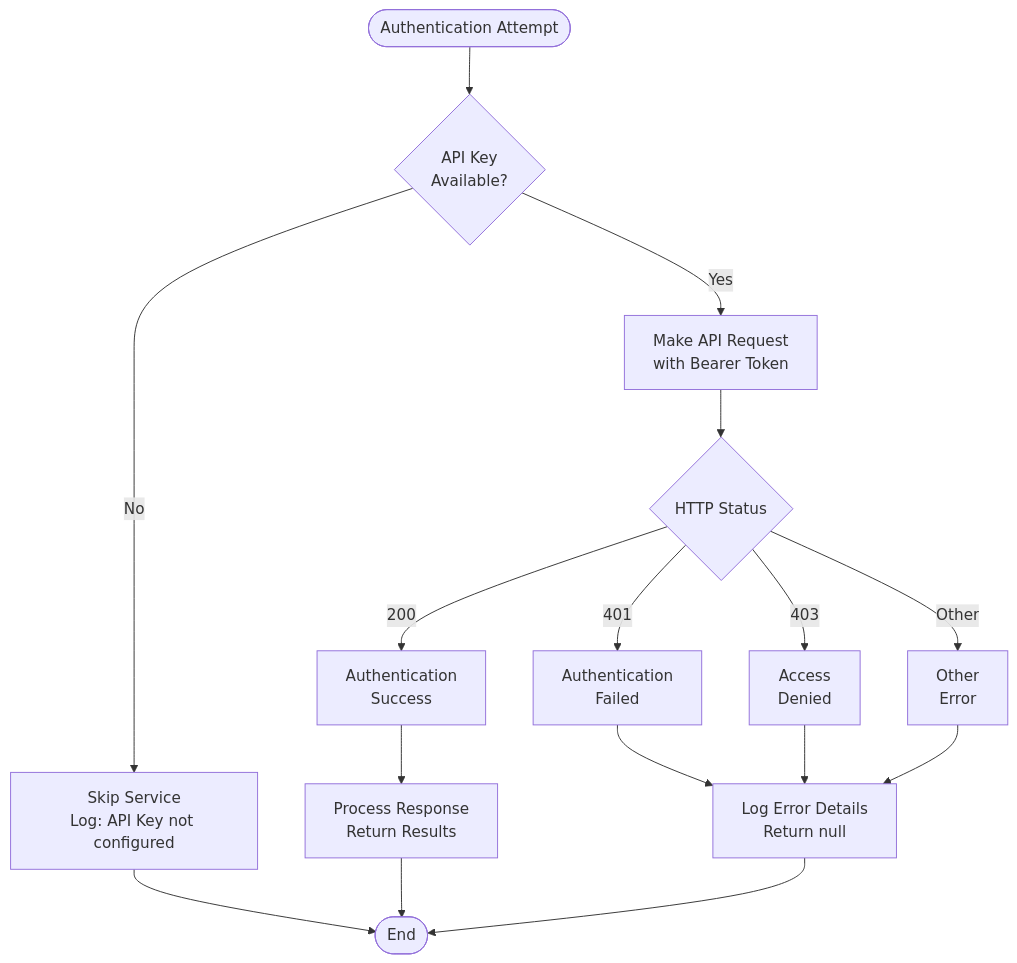
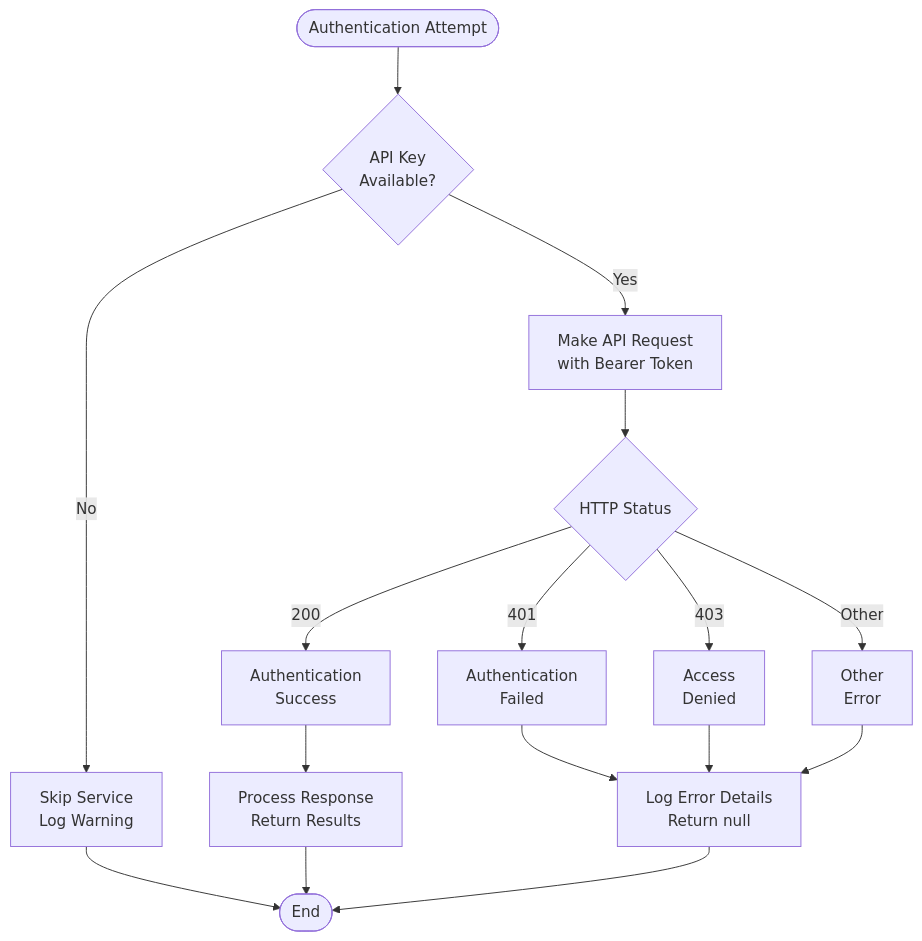
One commit to Alexandrexicara/bot-processos changed diagram 16 of 19 in .qoder/repowiki/en/content/API Integration Layer/Premium Paid Service Integration.md. Above: the diagram before and after it, drawn with Mermaid. The commit also changed other lines of this file and 6 other files, not shown here.

````diff
--- a/.qoder/repowiki/en/content/API Integration Layer/Premium Paid Service Integration.md
+++ b/.qoder/repowiki/en/content/API Integration Layer/Premium Paid Service Integration.md
@@ -684,18 +569,18 @@
 ```mermaid
 flowchart TD
 AuthStart([Authentication Attempt]) --> CheckKey{"API Key<br/>Available?"}
-CheckKey --> |No| SkipService["Skip Service<br/>Log: API Key not configured"]
+CheckKey --> |No| SkipService["Skip Service<br/>Log Warning"]
 CheckKey --> |Yes| MakeRequest["Make API Request<br/>with Bearer Token"]
 MakeRequest --> CheckStatus{"HTTP Status"}
 CheckStatus --> |200| Success["Authentication<br/>Success"]
 CheckStatus --> |401| AuthError["Authentication<br/>Failed"]
 CheckStatus --> |403| Forbidden["Access<br/>Denied"]
 CheckStatus --> |Other| OtherError["Other<br/>Error"]
 AuthError --> LogError["Log Error Details<br/>Return null"]
 Forbidden --> LogError
 OtherError --> LogError
 Success --> ProcessResponse["Process Response<br/>Return Results"]
 SkipService --> End([End])
 ProcessResponse --> End
 LogError --> End
 ```
````
